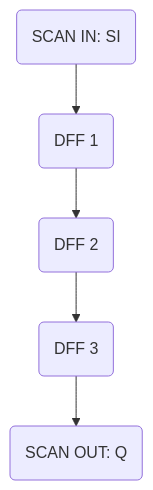
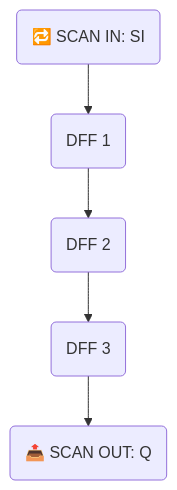
One commit to Samizo-AITL/Edusemi-v4x changed the diagram in chapter5_soc_design_flow/5.5_test_structures.md. Above: the diagram before and after it, drawn with Mermaid. The commit also changed other lines of this file, not shown here.

````diff
--- a/chapter5_soc_design_flow/5.5_test_structures.md
+++ b/chapter5_soc_design_flow/5.5_test_structures.md
@@ -46,7 +43,7 @@
 ```mermaid
 flowchart TD
-    IN(SCAN IN: SI) --> FF1(DFF 1)
+    IN(🔁 SCAN IN: SI) --> FF1(DFF 1)
     FF1 --> FF2(DFF 2)
     FF2 --> FF3(DFF 3)
-    FF3 --> OUT(SCAN OUT: Q)
+    FF3 --> OUT(📤 SCAN OUT: Q)
 ```
````
